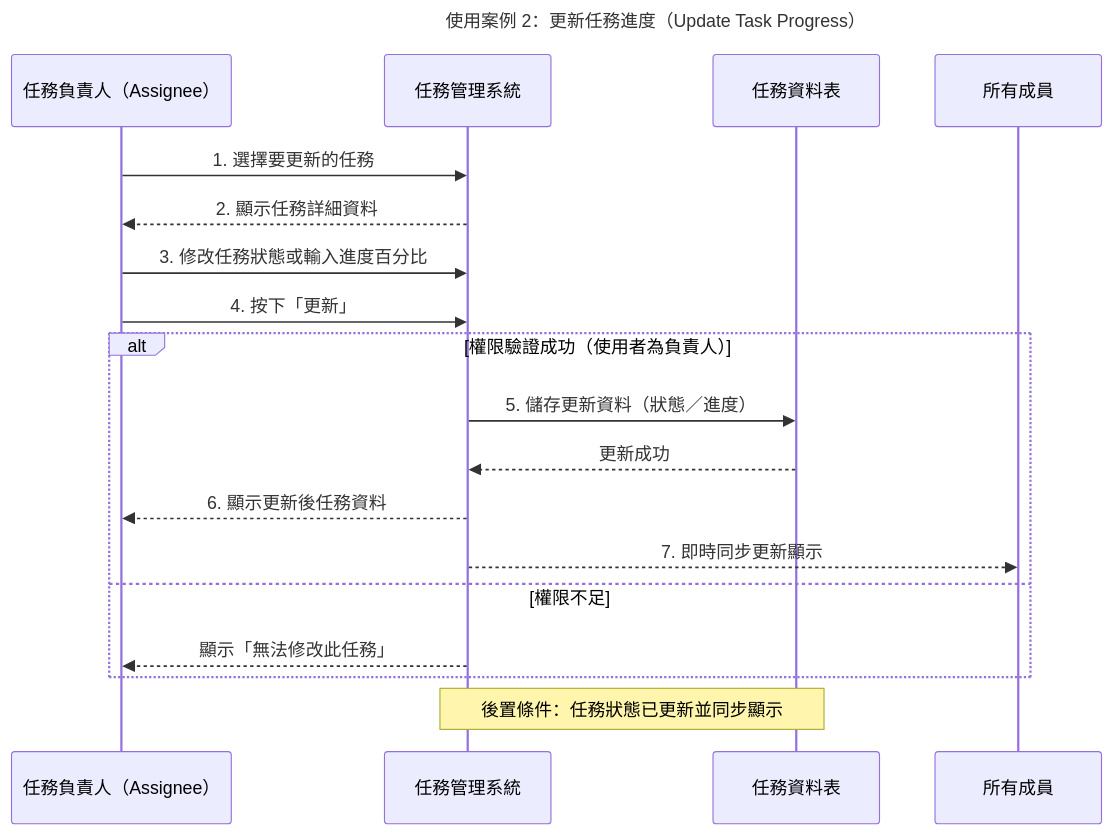
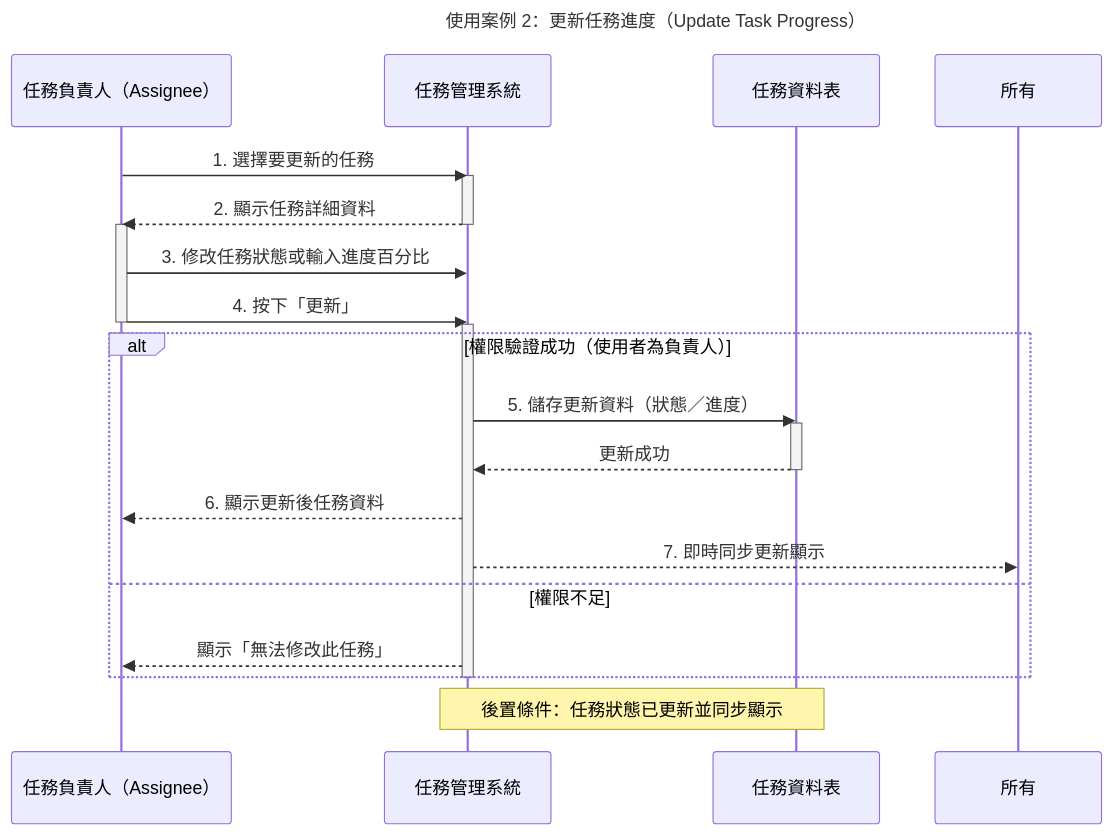
Before and after one commit to zhuang147/Task-Management: the second of 4 diagrams in hw5.md, drawn with Mermaid.

````diff
--- a/hw5.md
+++ b/hw5.md
@@ -23,25 +23,42 @@
 ```mermaid
 sequenceDiagram
     title 使用案例 2：更新任務進度（Update Task Progress）
 
     participant 使用者 as 任務負責人（Assignee）
     participant 系統 as 任務管理系統
     participant 任務資料庫 as 任務資料表
 
+    %% 使用者選擇任務（使用者有焦點在互動）
+    
     使用者->>系統: 1. 選擇要更新的任務
+    
+
+    %% 系統處理並顯示詳細（系統被聚焦）
+    activate 系統
     系統-->>使用者: 2. 顯示任務詳細資料
+    deactivate 系統
 
+    %% 使用者修改並按下更新（使用者再次聚焦）
+    activate 使用者
     使用者->>系統: 3. 修改任務狀態或輸入進度百分比
     使用者->>系統: 4. 按下「更新」
+    deactivate 使用者
 
+    %% 系統驗證權限並儲存（系統與資料庫產生焦點）
+    activate 系統
     alt 權限驗證成功（使用者為負責人）
         系統->>任務資料庫: 5. 儲存更新資料（狀態／進度）
+        activate 任務資料庫
         任務資料庫-->>系統: 更新成功
+        deactivate 任務資料庫
+
         系統-->>使用者: 6. 顯示更新後任務資料
-        系統-->>所有成員: 7. 即時同步更新顯示
+        %% 系統推送即時同步通知（系統維持焦點）
+        系統-->>所有: 7. 即時同步更新顯示
     else 權限不足
         系統-->>使用者: 顯示「無法修改此任務」
     end
+    deactivate 系統
 
     note over 系統,任務資料庫: 後置條件：任務狀態已更新並同步顯示
 ```
````
